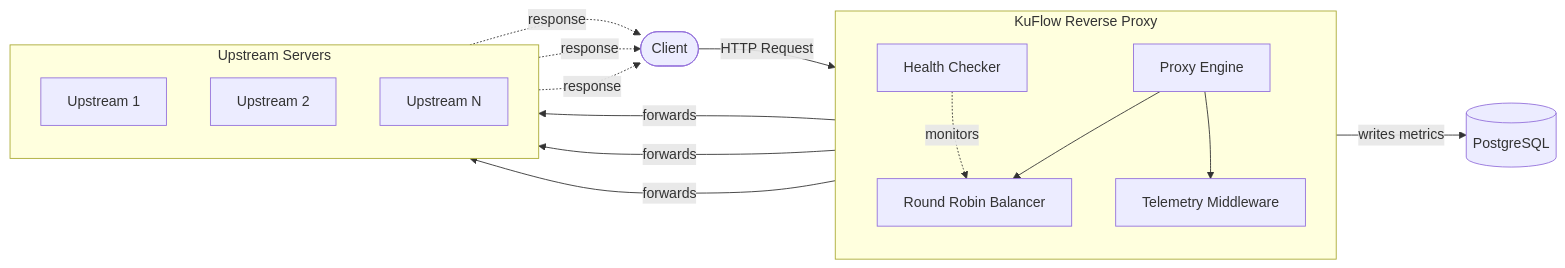
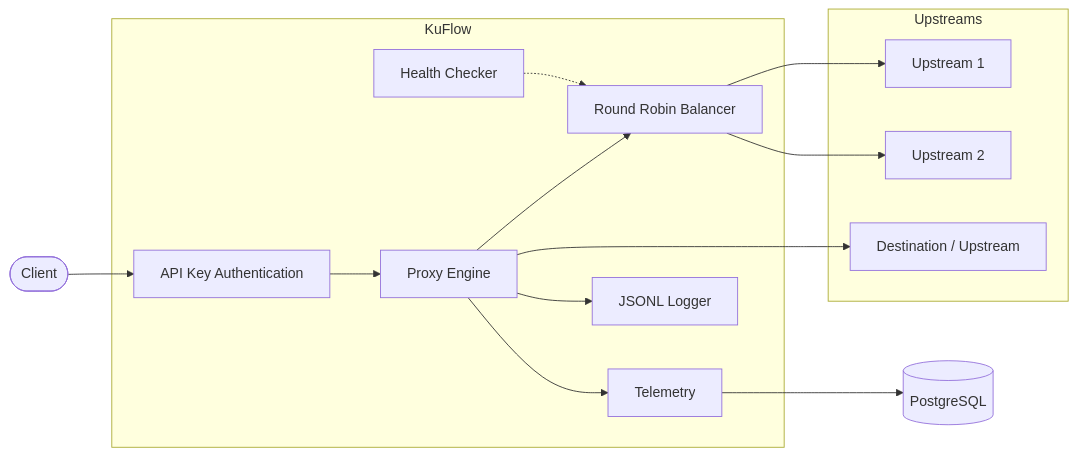
The diagram in README.md (Rowlyge/kuflow), drawn with Mermaid before and after one commit. The commit also changed other lines of this file, not shown here.

````diff
--- a/README.md
+++ b/README.md
@@ -142,34 +163,51 @@
 ```mermaid
 flowchart LR
-    Client([Client])
 
-    subgraph KuFlow["KuFlow Reverse Proxy"]
-        direction TB
-        Proxy[Proxy Engine]
-        Balancer[Round Robin Balancer]
-        Health[Health Checker]
-        Telemetry[Telemetry Middleware]
+Client([Client])
 
-        Proxy --> Balancer
-        Health -.->|monitors| Balancer
-        Proxy --> Telemetry
-    end
+Client --> Auth
 
-    subgraph Upstreams["Upstream Servers"]
-        direction TB
-        U1[Upstream 1]
-        U2[Upstream 2]
-        U3[Upstream N]
-    end
+subgraph KuFlow
 
-    DB[(PostgreSQL)]
+Auth[API Key Authentication]
 
-    Client -->|HTTP Request| Proxy
-    Balancer -->|forwards| U1
-    Balancer -->|forwards| U2
-    Balancer -->|forwards| U3
-    U1 -.->|response| Client
-    U2 -.->|response| Client
-    U3 -.->|response| Client
-    Telemetry -->|writes metrics| DB
+Proxy[Proxy Engine]
+
+Balancer[Round Robin Balancer]
+
+Health[Health Checker]
+
+Telemetry[Telemetry]
+
+Logger[JSONL Logger]
+
+Auth --> Proxy
+
+Proxy --> Balancer
+
+Health -.-> Balancer
+
+Proxy --> Telemetry
+
+Proxy --> Logger
+
+end
+
+subgraph Upstreams
+
+U1[Upstream 1]
+
+U2[Upstream 2]
+
+UN[Destination / Upstream]
+
+end
+
+DB[(PostgreSQL)]
+
+Balancer --> U1
+Balancer --> U2
+Proxy --> UN
+
+Telemetry --> DB
 ```
````
